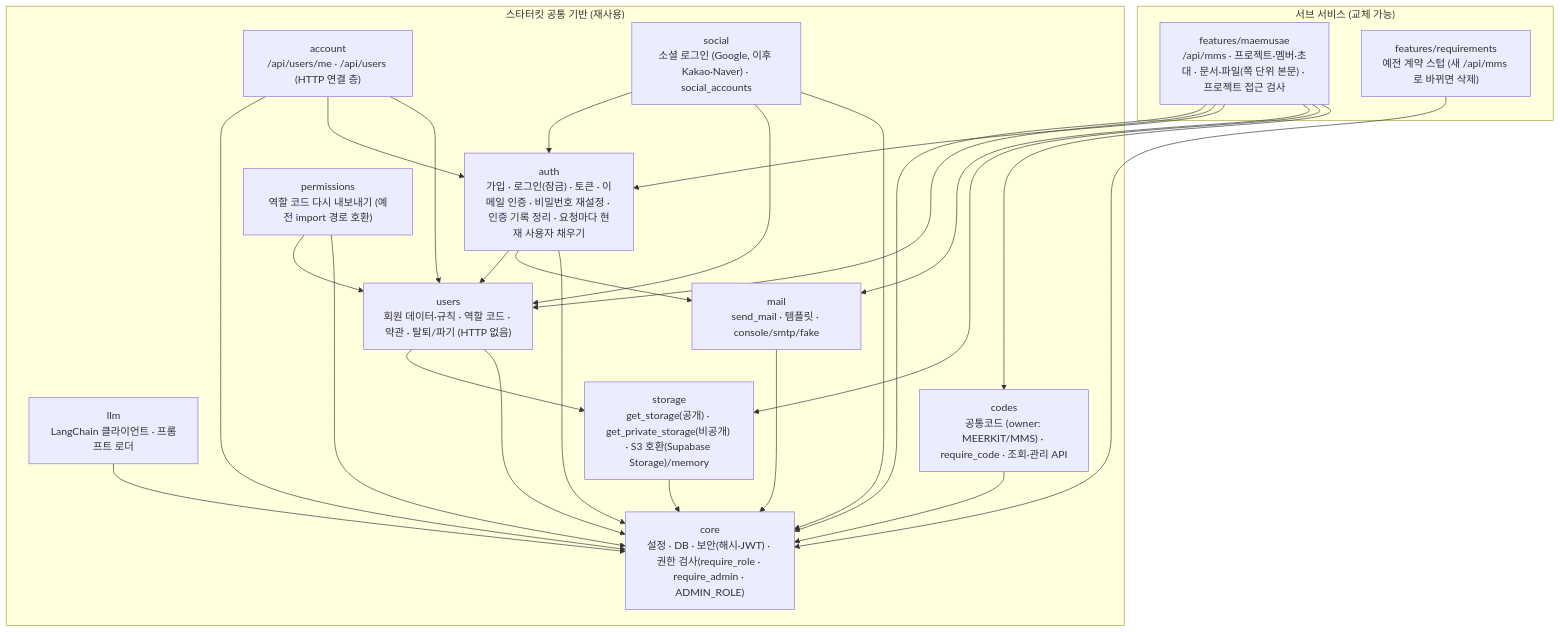
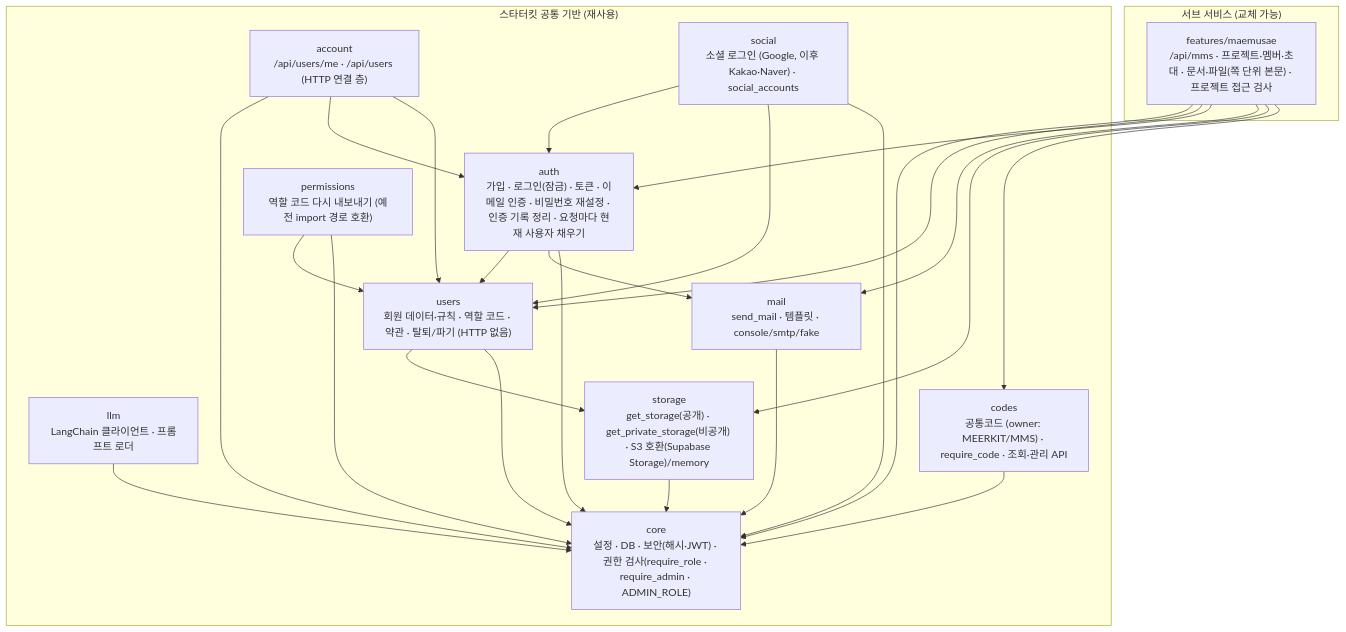
The diagram in docs/architecture.md (SNACKCUP/meerkit-snack), drawn with Mermaid before and after one commit. The commit also changed other lines of this file and 20 other files, not shown here.

````diff
--- a/docs/architecture.md
+++ b/docs/architecture.md
@@ -14,43 +14,41 @@
 ```mermaid
 flowchart TB
     subgraph KIT["스타터킷 공통 기반 (재사용)"]
         core["core<br/>설정 · DB · 보안(해시·JWT) · 권한 검사(require_role · require_admin · ADMIN_ROLE)"]
         users["users<br/>회원 데이터·규칙 · 역할 코드 · 약관 · 탈퇴/파기 (HTTP 없음)"]
         auth["auth<br/>가입 · 로그인(잠금) · 토큰 · 이메일 인증 · 비밀번호 재설정 · 인증 기록 정리 · 요청마다 현재 사용자 채우기"]
         perm["permissions<br/>역할 코드 다시 내보내기 (예전 import 경로 호환)"]
         account["account<br/>/api/users/me · /api/users (HTTP 연결 층)"]
         social["social<br/>소셜 로그인 (Google, 이후 Kakao·Naver) · social_accounts"]
         llm["llm<br/>LangChain 클라이언트 · 프롬프트 로더"]
         mail["mail<br/>send_mail · 템플릿 · console/smtp/fake"]
         storage["storage<br/>get_storage(공개) · get_private_storage(비공개) · S3 호환(Supabase Storage)/memory"]
         codes["codes<br/>공통코드 (owner: MEERKIT/MMS) · require_code · 조회·관리 API"]
     end
     subgraph FEAT["서브 서비스 (교체 가능)"]
         mms["features/maemusae<br/>/api/mms · 프로젝트·멤버·초대 · 문서·파일(쪽 단위 본문) · 프로젝트 접근 검사"]
-        req["features/requirements<br/>예전 계약 스텁 (새 /api/mms 로 바뀌면 삭제)"]
     end
     mms --> core
     mms --> users
     mms --> auth
     mms --> mail
     mms --> storage
     mms --> codes
-    req --> core
     account --> core
     account --> auth
     account --> users
     social --> auth
     social --> users
     perm --> users
     auth --> users
     auth --> mail
     users --> storage
     users --> core
     auth --> core
     social --> core
     perm --> core
     mail --> core
     llm --> core
     storage --> core
     codes --> core
 ```
````
